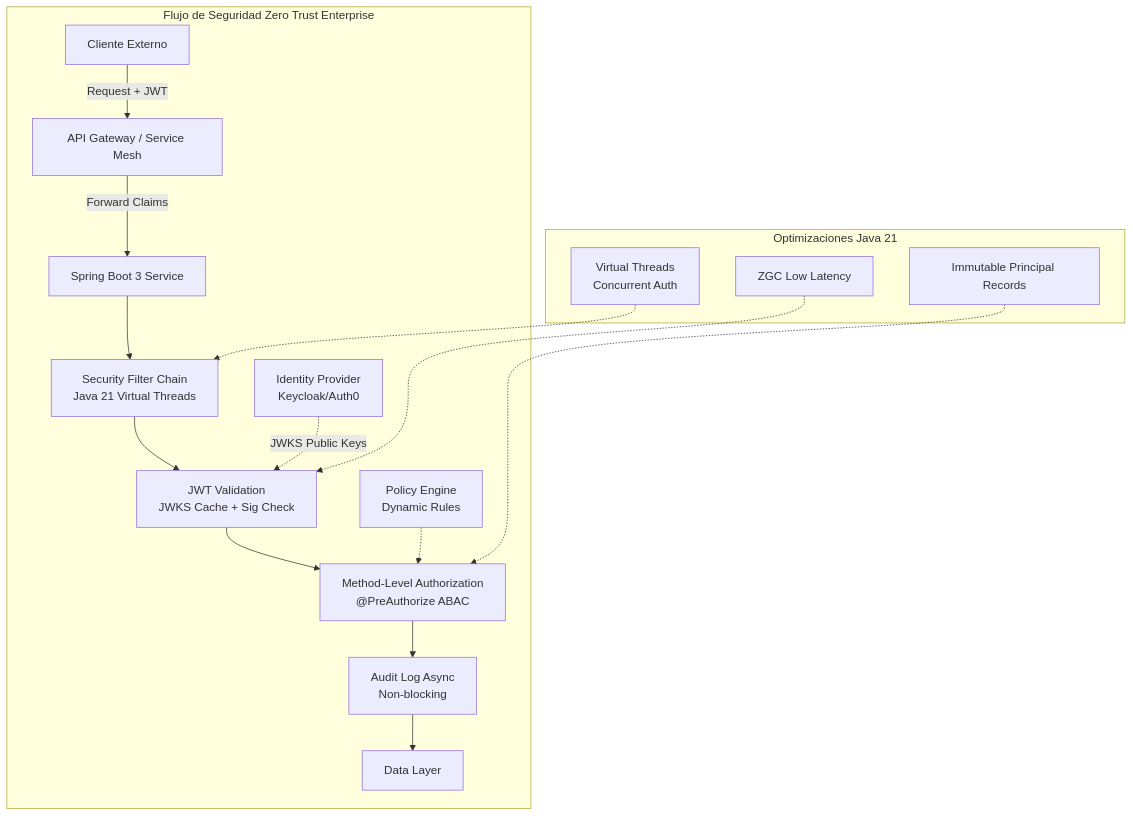
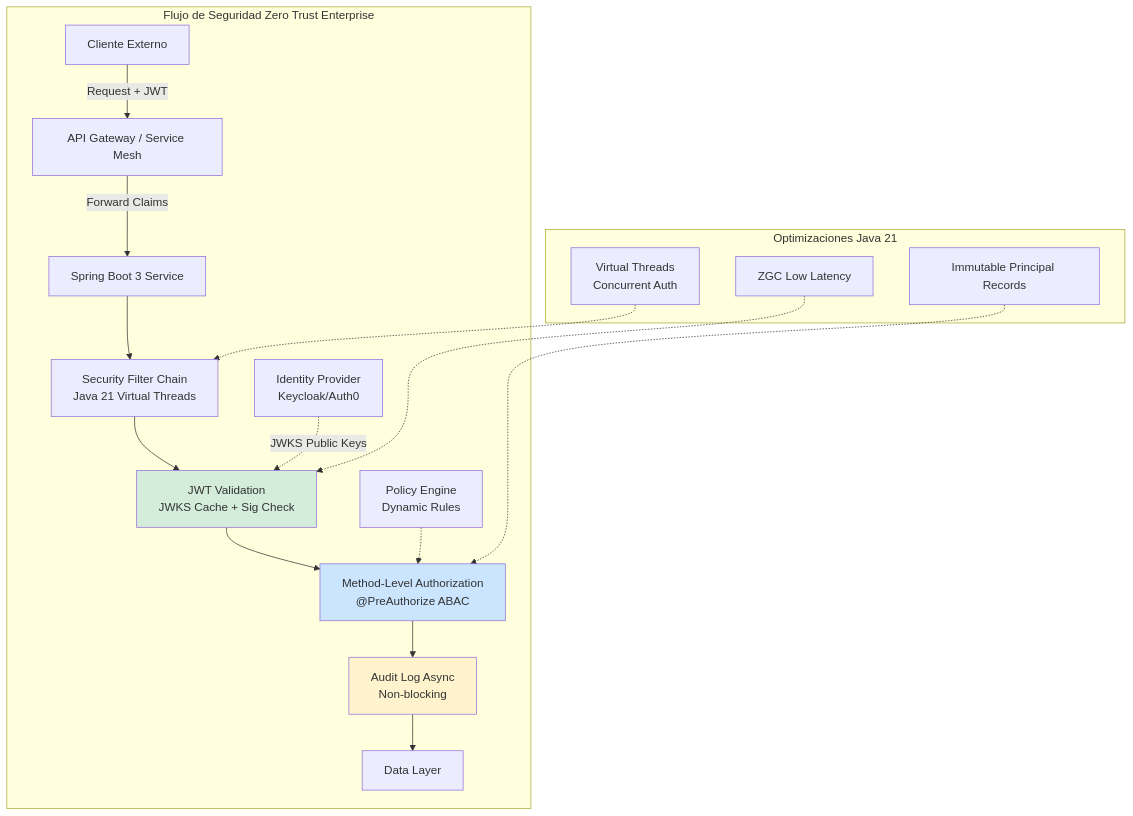
One commit to Joaquinriosheredia/DAM-Java-Mastery changed the first of 2 diagrams in 06_Seguridad/spring_security_6_avanzado_metodo_a_metodo_oauth2_resource_server_STAFF.md. Above: the diagram before and after it, drawn with Mermaid. The commit also changed other lines of this file, not shown here.

````diff
--- a/06_Seguridad/spring_security_6_avanzado_metodo_a_metodo_oauth2_resource_server_STAFF.md
+++ b/06_Seguridad/spring_security_6_avanzado_metodo_a_metodo_oauth2_resource_server_STAFF.md
@@ -38,22 +77,26 @@
 ```mermaid
 graph TD
     subgraph "Flujo de Seguridad Zero Trust Enterprise"
         CLIENT[Cliente Externo] -->|Request + JWT| GW[API Gateway / Service Mesh]
         GW -->|Forward Claims| SVC[Spring Boot 3 Service]
         
         SVC --> FILTER[Security Filter Chain<br>Java 21 Virtual Threads]
         FILTER --> VALID[JWT Validation<br>JWKS Cache + Sig Check]
         VALID --> AUTHZ[Method-Level Authorization<br>@PreAuthorize ABAC]
         AUTHZ --> AUDIT[Audit Log Async<br>Non-blocking]
         AUDIT --> DATA[Data Layer]
         
         IDP[Identity Provider<br>Keycloak/Auth0] -.->|JWKS Public Keys| VALID
         POLICY[Policy Engine<br>Dynamic Rules] -.-> AUTHZ
     end
     
     subgraph "Optimizaciones Java 21"
         VT[Virtual Threads<br>Concurrent Auth] -.-> FILTER
         REC[Immutable Principal Records] -.-> AUTHZ
         ZGC[ZGC Low Latency] -.-> VALID
     end
+    
+    style VALID fill:#d4edda
+    style AUTHZ fill:#cce5ff
+    style AUDIT fill:#fff3cd
 ```
````
